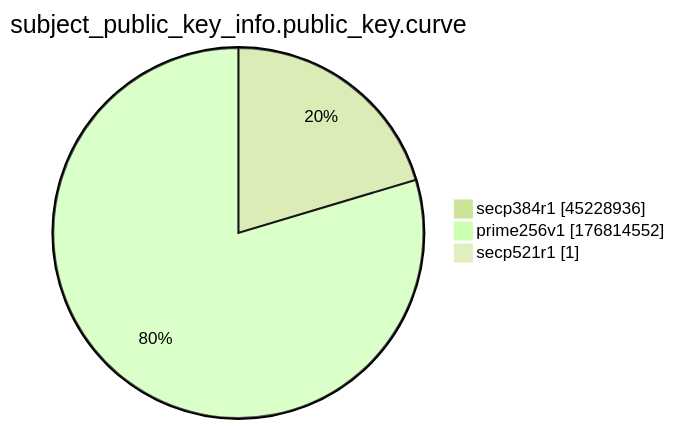
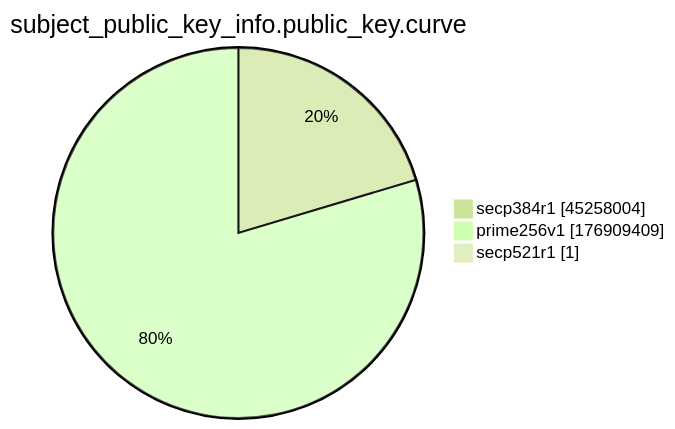
The ninth of 15 diagrams in xenon2022/README.md (christiankrug/ctmonitor_visualization), drawn with Mermaid (forest theme) before and after one commit. The commit also changed other lines of this file, not shown here.

````diff
--- a/xenon2022/README.md
+++ b/xenon2022/README.md
@@ -2872,7 +2873,7 @@
 ```mermaid
 pie showData
 title subject_public_key_info.public_key.curve
-"secp384r1" :45228936
-"prime256v1" :176814552
+"secp384r1" :45258004
+"prime256v1" :176909409
 "secp521r1" :1
 ```
````
